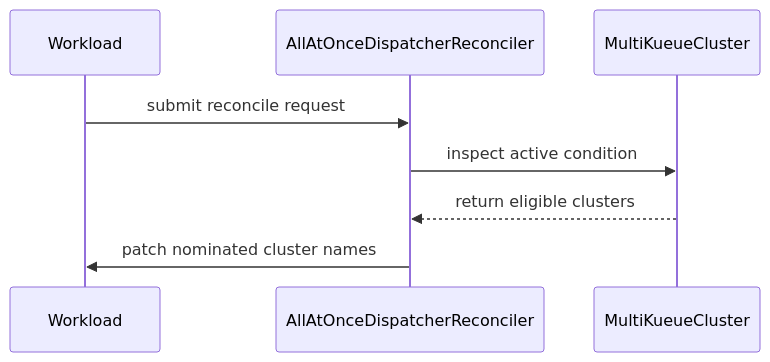
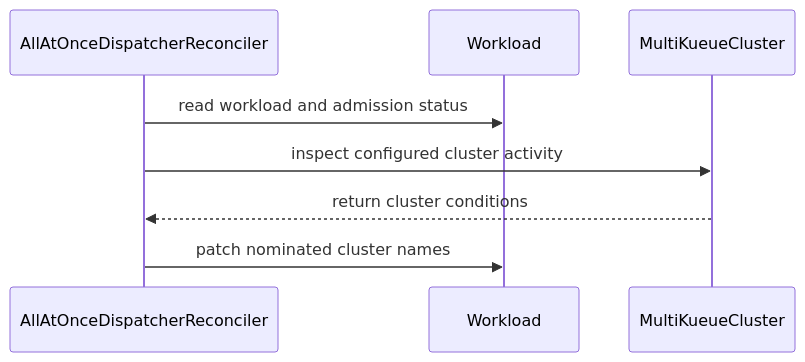
The diagram in raw/github/kubernetes-sigs__kueue/pr-10937.md (reruno/kueue-llm-wiki), drawn with Mermaid before and after one commit. The commit also changed other lines of this file and 1468 other files, not shown here.

````diff
--- a/raw/github/kubernetes-sigs__kueue/pr-10937.md
+++ b/raw/github/kubernetes-sigs__kueue/pr-10937.md
@@ -469,10 +490,10 @@
 ```mermaid
 sequenceDiagram
+  participant AllAtOnceDispatcherReconciler
   participant Workload
-  participant AllAtOnceDispatcherReconciler
   participant MultiKueueCluster
-  Workload->>AllAtOnceDispatcherReconciler: submit reconcile request
-  AllAtOnceDispatcherReconciler->>MultiKueueCluster: inspect active condition
-  MultiKueueCluster-->>AllAtOnceDispatcherReconciler: return eligible clusters
+  AllAtOnceDispatcherReconciler->>Workload: read workload and admission status
+  AllAtOnceDispatcherReconciler->>MultiKueueCluster: inspect configured cluster activity
+  MultiKueueCluster-->>AllAtOnceDispatcherReconciler: return cluster conditions
   AllAtOnceDispatcherReconciler->>Workload: patch nominated cluster names
 ```
````
